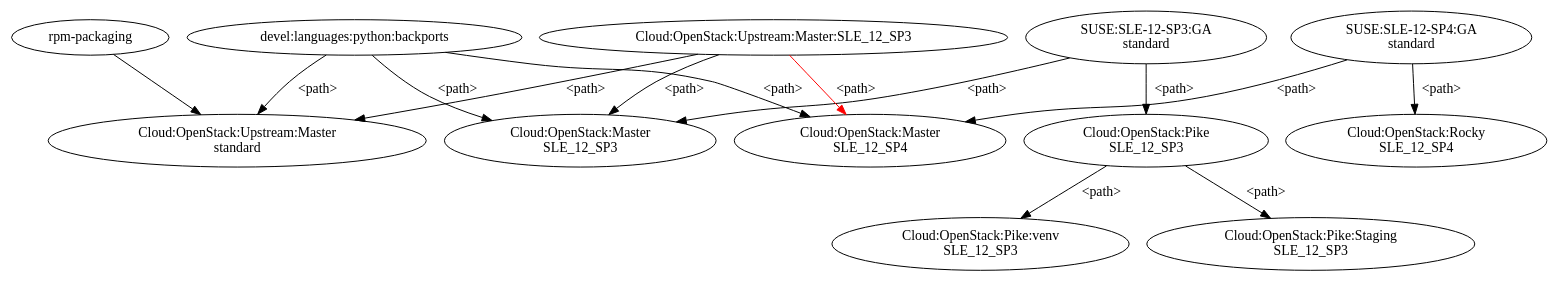
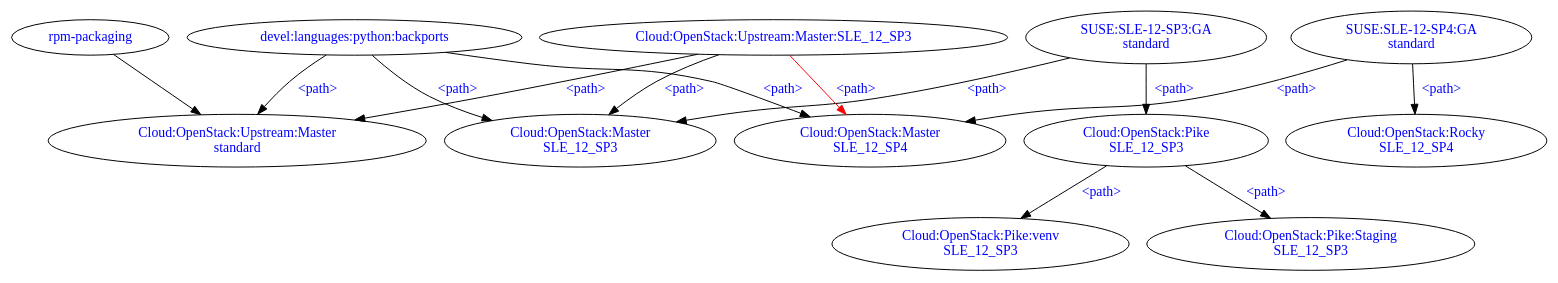
Before and after one commit to SUSE-Cloud/automation: the diagram in docs/repositories.dot, drawn with Graphviz.

Commit message:
add hyperlinks

```diff
--- a/docs/repositories.dot
+++ b/docs/repositories.dot
@@ -1,40 +1,145 @@
 digraph G {
-    dlpb[label="devel:languages:python:backports"];
-    SP3GA[label="SUSE:SLE-12-SP3:GA\nstandard"];
-    SP4GA[label="SUSE:SLE-12-SP4:GA\nstandard"];
-    COUMs[label="Cloud:OpenStack:Upstream:Master\nstandard"];
-    COUMSP3[label="Cloud:OpenStack:Upstream:Master:SLE_12_SP3"];
-    COMSP3[label="Cloud:OpenStack:Master\nSLE_12_SP3"];
-    COMSP4[label="Cloud:OpenStack:Master\nSLE_12_SP4"];
-    //COF[label="Cloud:OpenStack:Factory"];
-    COP[label="Cloud:OpenStack:Pike\nSLE_12_SP3"];
-    COPv[label="Cloud:OpenStack:Pike:venv\nSLE_12_SP3"];
-    COPS[label="Cloud:OpenStack:Pike:Staging\nSLE_12_SP3"];
-    CORSP4[label="Cloud:OpenStack:Rocky\nSLE_12_SP4"];
-    //CORS[label="Cloud:OpenStack:Rocky:Staging"];
-    rp[label="rpm-packaging"];
+    dlpb[
+      label="devel:languages:python:backports",
+      URL="https://build.opensuse.org/project/show/devel:languages:python:backports",
+      fontcolor="blue"
+    ];
+    SP3GA[
+      label="SUSE:SLE-12-SP3:GA\nstandard",
+      URL="https://build.opensuse.org/project/show/SUSE:SLE-12-SP3:GA",
+      fontcolor="blue"
+    ];
+    SP4GA[
+      label="SUSE:SLE-12-SP4:GA\nstandard",
+      URL="https://build.opensuse.org/project/show/SUSE:SLE-12-SP4:GA",
+      fontcolor="blue"
+    ];
+    COUMs[
+      label="Cloud:OpenStack:Upstream:Master\nstandard",
+      URL="https://build.opensuse.org/project/show/Cloud:OpenStack:Upstream:Master",
+      fontcolor="blue"
+    ];
+    COUMSP3[
+      label="Cloud:OpenStack:Upstream:Master:SLE_12_SP3",
+      URL="https://build.opensuse.org/project/show/Cloud:OpenStack:Upstream:Master:SLE_12_SP3",
+      fontcolor="blue"
+    ];
+    COMSP3[
+      label="Cloud:OpenStack:Master\nSLE_12_SP3",
+      URL="https://build.opensuse.org/project/show/Cloud:OpenStack:Master",
+      fontcolor="blue"
+    ];
+    COMSP4[
+      label="Cloud:OpenStack:Master\nSLE_12_SP4",
+      URL="https://build.opensuse.org/project/show/Cloud:OpenStack:Master",
+      fontcolor="blue"
+    ];
+//    COF[
+//      label="Cloud:OpenStack:Factory",
+//      URL="https://build.opensuse.org/project/show/Cloud:OpenStack:Factory",
+//      fontcolor="blue"
+//    ];
+    COP[
+      label="Cloud:OpenStack:Pike\nSLE_12_SP3",
+      URL="https://build.opensuse.org/project/show/Cloud:OpenStack:Pike",
+      fontcolor="blue"
+    ];
+    COPv[
+      label="Cloud:OpenStack:Pike:venv\nSLE_12_SP3",
+      URL="https://build.opensuse.org/project/show/Cloud:OpenStack:Pike:venv",
+      fontcolor="blue"
+    ];
+    COPS[
+      label="Cloud:OpenStack:Pike:Staging\nSLE_12_SP3",
+      URL="https://build.opensuse.org/project/show/Cloud:OpenStack:Pike:Staging",
+      fontcolor="blue"
+    ];
+    CORSP4[
+      label="Cloud:OpenStack:Rocky\nSLE_12_SP4",
+      URL="https://build.opensuse.org/project/show/Cloud:OpenStack:Rocky",
+      fontcolor="blue"
+    ];
+//    CORS[
+//      label="Cloud:OpenStack:Rocky:Staging",
+//      URL="https://build.opensuse.org/project/show/Cloud:OpenStack:Rocky:Staging",
+//      fontcolor="blue"
+//    ];
+    rp[
+      label="rpm-packaging",
+      URL="https://wiki.openstack.org/wiki/Rpm-packaging",
+      fontcolor="blue"
+    ];
 
     // Upstream
-    dlpb -> COUMs[label="<path>"];
-    COUMSP3 -> COUMs[label="<path>"];
+    dlpb -> COUMs[
+      label="<path>",
+      URL="https://build.opensuse.org/project/meta/Cloud:OpenStack:Upstream:Master",
+      fontcolor="blue"
+    ];
+    COUMSP3 -> COUMs[
+      label="<path>",
+      URL="https://build.opensuse.org/project/meta/Cloud:OpenStack:Upstream:Master",
+      fontcolor="blue"
+    ];
 
     // Master SP3
-    COUMSP3 -> COMSP3[label="<path>"];
-    dlpb -> COMSP3[label="<path>"];
-    SP3GA -> COMSP3[label="<path>"];
+    COUMSP3 -> COMSP3[
+      label="<path>",
+      URL="https://build.opensuse.org/project/meta/Cloud:OpenStack:Master",
+      fontcolor="blue"
+    ];
+    dlpb -> COMSP3[
+      label="<path>",
+      URL="https://build.opensuse.org/project/meta/Cloud:OpenStack:Master",
+      fontcolor="blue"
+    ];
+    SP3GA -> COMSP3[
+      label="<path>",
+      URL="https://build.opensuse.org/project/meta/Cloud:OpenStack:Master",
+      fontcolor="blue"
+    ];
 
     // Master SP4
-    COUMSP3 -> COMSP4[label="<path>", color="red"];
-    dlpb -> COMSP4[label="<path>"];
-    SP4GA -> COMSP4[label="<path>"];
+    COUMSP3 -> COMSP4[
+      label="<path>",
+      color="red",
+      URL="https://build.opensuse.org/project/meta/Cloud:OpenStack:Master",
+      fontcolor="blue"
+    ];
+    dlpb -> COMSP4[
+      label="<path>",
+      URL="https://build.opensuse.org/project/meta/Cloud:OpenStack:Master",
+      fontcolor="blue"
+    ];
+    SP4GA -> COMSP4[
+      label="<path>",
+      URL="https://build.opensuse.org/project/meta/Cloud:OpenStack:Master",
+      fontcolor="blue"
+    ];
 
     // Rocky
-    SP4GA -> CORSP4[label="<path>"];
+    SP4GA -> CORSP4[
+      label="<path>",
+      URL="https://build.opensuse.org/project/meta/Cloud:OpenStack:Rocky",
+      fontcolor="blue"
+    ];
 
     // Pike
-    COP -> COPS[label="<path>"];
-    SP3GA -> COP[label="<path>"];
-    COP -> COPv[label="<path>"];
+    COP -> COPS[
+      label="<path>",
+      URL="https://build.opensuse.org/project/meta/Cloud:OpenStack:Pike",
+      fontcolor="blue"
+    ];
+    SP3GA -> COP[
+      label="<path>",
+      URL="https://build.opensuse.org/project/meta/Cloud:OpenStack:Pike",
+      fontcolor="blue"
+    ];
+    COP -> COPv[
+      label="<path>",
+      URL="https://build.opensuse.org/project/meta/Cloud:OpenStack:Pike:venv",
+      fontcolor="blue"
+    ];
 
     rp-> COUMs;
 }
```
